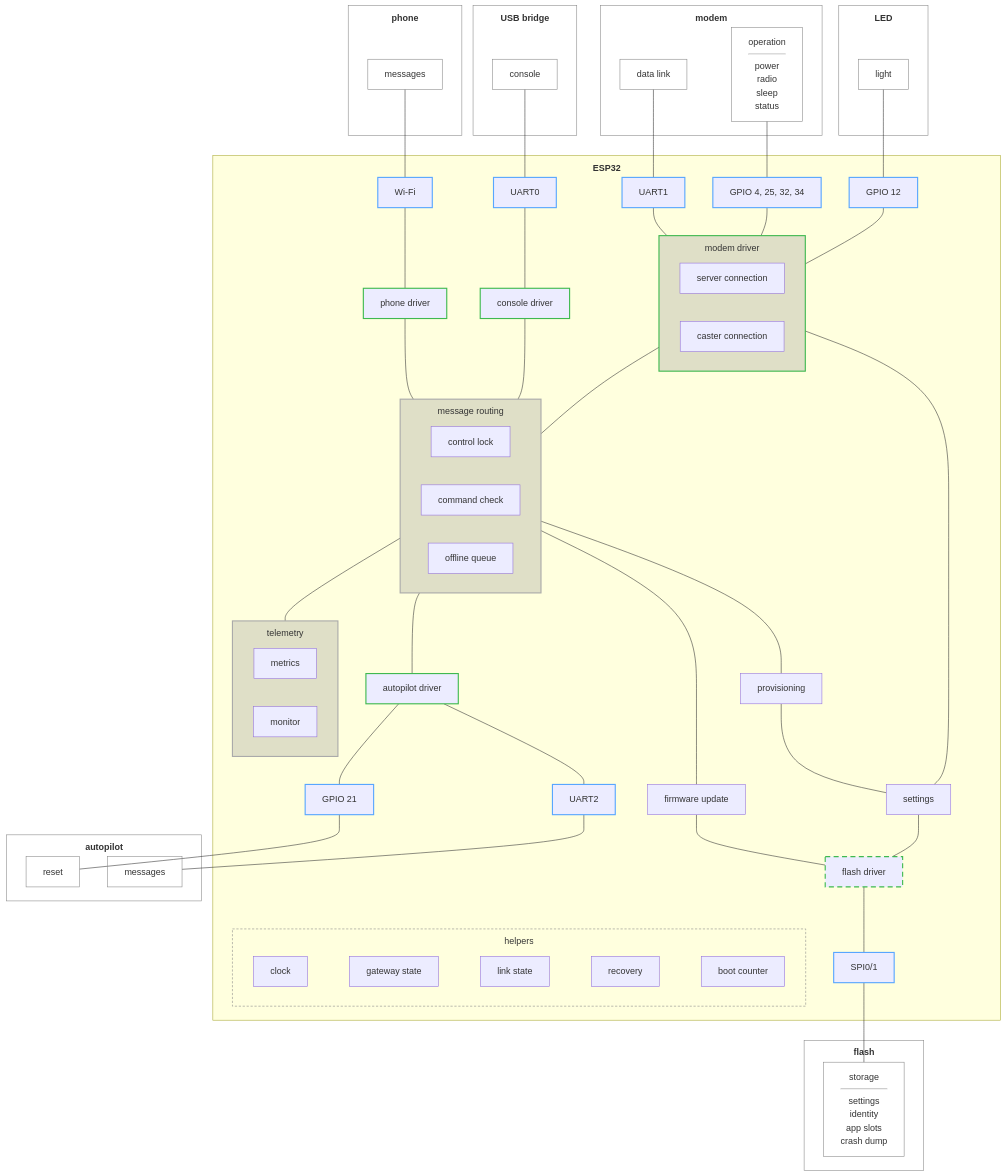
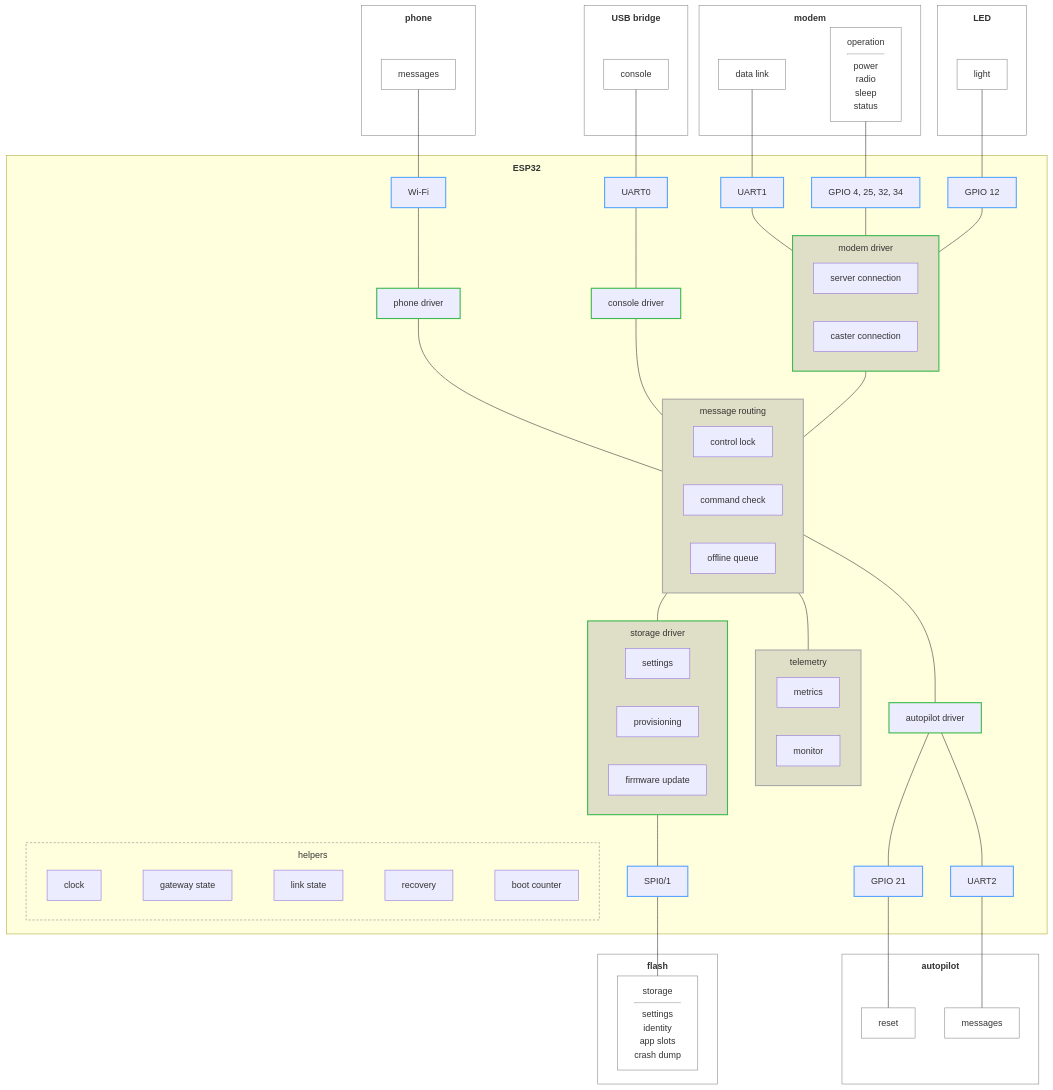
One commit to rmx-lt/rmx-mower-gateway changed the diagram in .esp-architecture/diagrams/block-draft.md. Above: the diagram before and after it, drawn with Mermaid. The commit also changed other lines of this file and 1 other file, not shown here.

Commit message:
Draft: storage driver owns settings, provisioning and firmware update

````diff
--- a/.esp-architecture/diagrams/block-draft.md
+++ b/.esp-architecture/diagrams/block-draft.md
@@ -42,8 +42,6 @@
       chk["command check"]
       q["offline queue"]
     end
-    prov["provisioning"]
-    upd["firmware update"]
     subgraph tel["telemetry"]
       met["metrics"]
       mon["monitor"]
@@ -57,8 +55,11 @@
       clk ~~~ state ~~~ ls ~~~ rec ~~~ boot
     end
     bl["autopilot driver"]
-    set["settings"]
-    fs["flash driver"]
+    subgraph fs["storage driver"]
+      set["settings"]
+      prov["provisioning"]
+      upd["firmware update"]
+    end
     u2["UART2"]
     sp["SPI0/1"]
   end
@@ -75,16 +76,11 @@
   pparts --- wf --- phd
   uparts --- u0 --- con
   phd --- msg
-  msg --- prov
   con --- msg
   conn --- msg
-  msg --- upd
   msg --- tel
+  msg --- fs
   msg --- bl
-  conn --- set
-  prov --- set
-  upd --- fs
-  set --- fs
   fs --- sp --- fparts
   bl --- u2 --- amsg
   bl --- gr --- areset
@@ -92,14 +88,12 @@
   class u1,gm,gl,gr,u2,wf,u0,sp bus
   classDef driver stroke:#3fb950,stroke-width:2px
   class con,phd,bl driver
-  classDef sysdriver stroke:#3fb950,stroke-width:2px,stroke-dasharray:9 6
-  class fs sysdriver
   classDef helpers fill:none,stroke:#888,stroke-dasharray:4 3
   class help helpers
   classDef owner fill:#8884,stroke:#aaa,stroke-width:2px
   class msg,tel owner
   classDef ownerdriver fill:#8884,stroke:#3fb950,stroke-width:2px
-  class conn ownerdriver
+  class conn,fs ownerdriver
   classDef device fill:none,stroke:#888
   class modem,mdata,mctl,led,lparts,ap,amsg,areset,ph,pparts,usb,uparts,fl,fparts device
 ```
````
